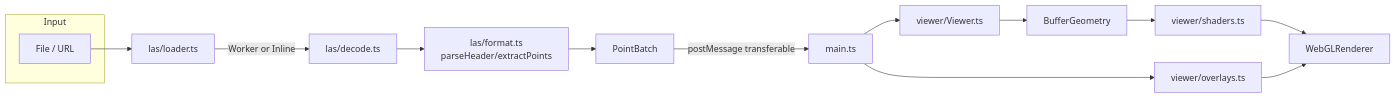
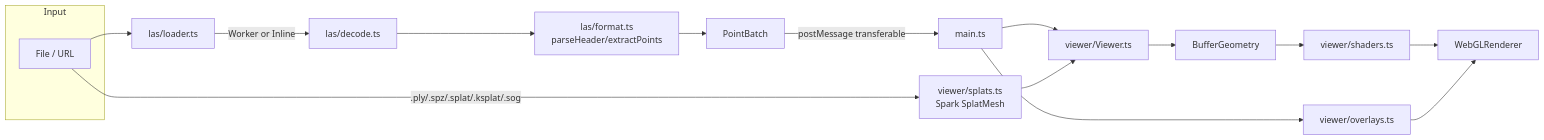
The fourth of 4 diagrams in docs/detailed-design.md (hinosrvy/pointcloud-viewer), drawn with Mermaid before and after one commit. The commit also changed other lines of this file and 4 other files, not shown here.

````diff
--- a/docs/detailed-design.md
+++ b/docs/detailed-design.md
@@ -508,17 +656,20 @@
 ```mermaid
 flowchart LR
     subgraph Input
       F[File / URL]
     end
     F --> Loader[las/loader.ts]
     Loader -->|Worker or Inline| Decode[las/decode.ts]
     Decode --> Format[las/format.ts\nparseHeader/extractPoints]
     Format --> Batch[PointBatch]
     Batch -->|postMessage transferable| Main[main.ts]
     Main --> Viewer[viewer/Viewer.ts]
     Viewer --> Geom[BufferGeometry]
     Geom --> Shader[viewer/shaders.ts]
     Shader --> GPU[WebGLRenderer]
     Main --> Overlays[viewer/overlays.ts]
     Overlays --> GPU
+    F -->|.ply/.spz/.splat/.ksplat/.sog| Splats[viewer/splats.ts
+Spark SplatMesh]
+    Splats --> Viewer
 ```
````
